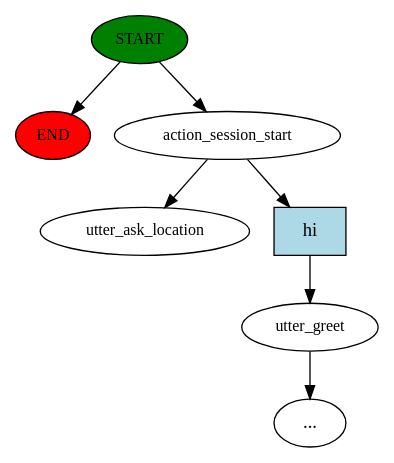
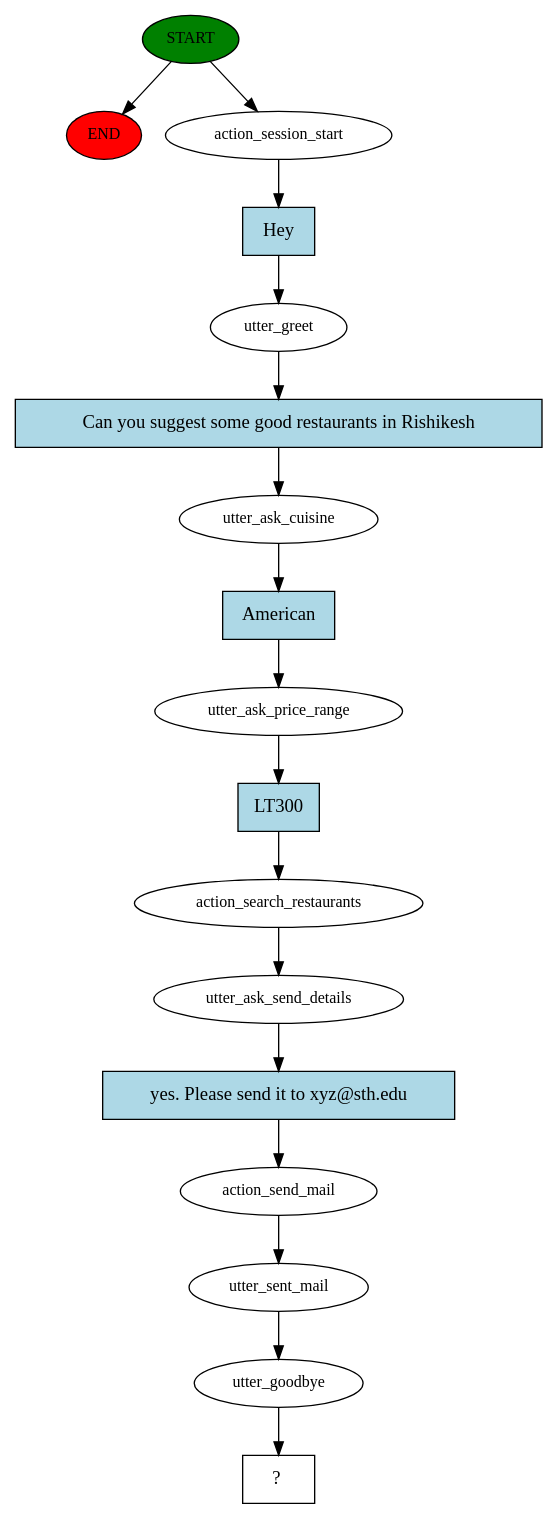
Before and after one commit to madhavikoduganti/Foodie: the diagram in Rasa_basic_folder/story_graph.dot, drawn with Graphviz. The commit also changed 66 other files, not shown here.

```diff
--- a/Rasa_basic_folder/story_graph.dot
+++ b/Rasa_basic_folder/story_graph.dot
@@ -1,15 +1,35 @@
 digraph  {
 0 [class="start active", fillcolor=green, fontsize=12, label=START, style=filled];
 "-1" [class=end, fillcolor=red, fontsize=12, label=END, style=filled];
 1 [class=active, fontsize=12, label=action_session_start];
-2 [class="", fontsize=12, label=utter_greet];
-"-3" [class=ellipsis, label="..."];
-4 [class="dashed active", fontsize=12, label=utter_ask_location];
-5 [class=intent, fillcolor=lightblue, label=hi, shape=rect, style=filled];
+2 [class=active, fontsize=12, label=utter_greet];
+3 [class=active, fontsize=12, label=utter_ask_cuisine];
+4 [class=active, fontsize=12, label=utter_ask_price_range];
+5 [class=active, fontsize=12, label=action_search_restaurants];
+6 [class=active, fontsize=12, label=utter_ask_send_details];
+7 [class=active, fontsize=12, label=action_send_mail];
+8 [class=active, fontsize=12, label=utter_sent_mail];
+9 [class=active, fontsize=12, label=utter_goodbye];
+10 [class="intent dashed active", label="  ?  ", shape=rect];
+11 [class="intent active", fillcolor=lightblue, label=Hey, shape=rect, style=filled];
+12 [class="intent active", fillcolor=lightblue, label="Can you suggest some good restaurants in Rishikesh", shape=rect, style=filled];
+13 [class="intent active", fillcolor=lightblue, label=American, shape=rect, style=filled];
+14 [class="intent active", fillcolor=lightblue, label=LT300, shape=rect, style=filled];
+15 [class="intent active", fillcolor=lightblue, label="yes. Please send it to xyz@sth.edu", shape=rect, style=filled];
 0 -> "-1"  [class="", key=NONE, label=""];
 0 -> 1  [class=active, key=NONE, label=""];
-1 -> 4  [class=active, key=NONE, label=""];
-1 -> 5  [class="", key=0];
-2 -> "-3"  [class="", key=NONE, label=""];
-5 -> 2  [class="", key=0];
+1 -> 11  [class=active, key=0];
+2 -> 12  [class=active, key=0];
+3 -> 13  [class=active, key=0];
+4 -> 14  [class=active, key=0];
+5 -> 6  [class=active, key=NONE, label=""];
+6 -> 15  [class=active, key=0];
+7 -> 8  [class=active, key=NONE, label=""];
+8 -> 9  [class=active, key=NONE, label=""];
+9 -> 10  [class=active, key=NONE, label=""];
+11 -> 2  [class=active, key=0];
+12 -> 3  [class=active, key=0];
+13 -> 4  [class=active, key=0];
+14 -> 5  [class=active, key=0];
+15 -> 7  [class=active, key=0];
 }
```
